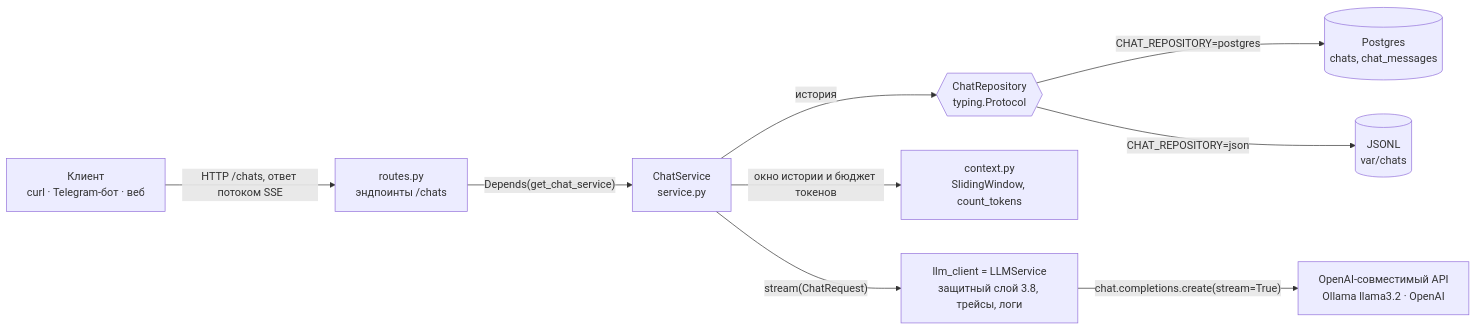
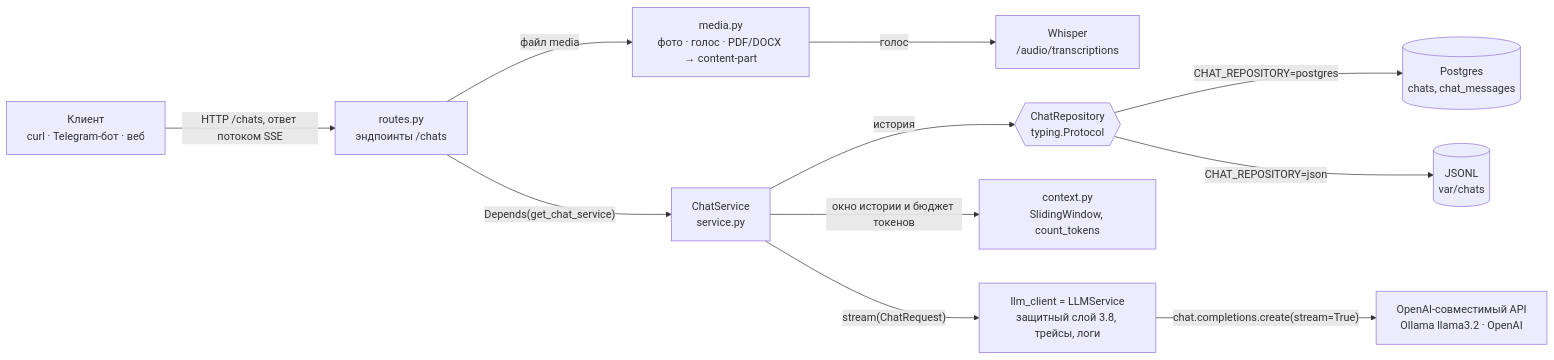
Before and after one commit to AlexBuQA/multapi: the first of 2 diagrams in docs/chat.md, drawn with Mermaid. The commit also changed other lines of this file and 64 other files, not shown here.

````diff
--- a/docs/chat.md
+++ b/docs/chat.md
@@ -12,11 +14,13 @@
 ```mermaid
 flowchart LR
     client["Клиент<br/>curl · Telegram-бот · веб"] -->|"HTTP /chats, ответ потоком SSE"| routes["routes.py<br/>эндпоинты /chats"]
+    routes -->|"файл media"| media["media.py<br/>фото · голос · PDF/DOCX → content-part"]
+    media -->|"голос"| whisper["Whisper<br/>/audio/transcriptions"]
     routes -->|"Depends(get_chat_service)"| service["ChatService<br/>service.py"]
     service -->|"история"| repo{{"ChatRepository<br/>typing.Protocol"}}
     service -->|"окно истории и бюджет токенов"| ctx["context.py<br/>SlidingWindow, count_tokens"]
     service -->|"stream(ChatRequest)"| llm["llm_client = LLMService<br/>защитный слой 3.8, трейсы, логи"]
     repo -->|"CHAT_REPOSITORY=postgres"| pg[("Postgres<br/>chats, chat_messages")]
     repo -->|"CHAT_REPOSITORY=json"| jsonl[("JSONL<br/>var/chats")]
     llm -->|"chat.completions.create(stream=True)"| provider["OpenAI-совместимый API<br/>Ollama llama3.2 · OpenAI"]
 ```
````
